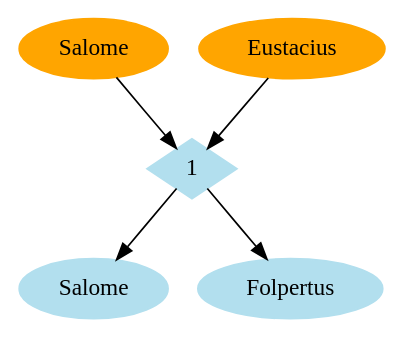
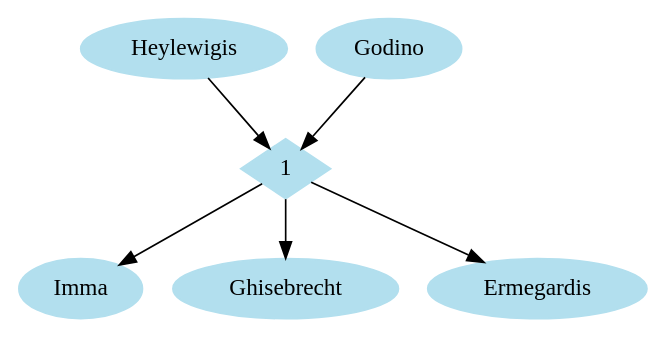
Before and after one commit to Canelaguil/generamer: the diagram in families.dot, drawn with Graphviz. The commit also changed 311 other files, not shown here.

```diff
--- a/families.dot
+++ b/families.dot
@@ -1,15 +1,15 @@
 digraph Families {
 	node [color=lightblue2 style=filled]
 	overlap=false
-	"1a" [label=Salome]
-	"1b" [label=Eustacius]
+	"1a" [label=Heylewigis]
+	"1b" [label=Godino]
 	1 [shape=diamond]
 	"1a" -> 1 [weight=12]
 	"1b" -> 1 [weight=12]
-	"1c1" [label=Salome]
+	"1c1" [label=Imma]
 	1 -> "1c1" [weight=6]
-	"1c2" [label=Folpertus]
+	"1c2" [label=Ghisebrecht]
 	1 -> "1c2" [weight=6]
-	"1a" [label=Salome color=orange]
-	"1b" [label=Eustacius color=orange]
+	"1c3" [label=Ermegardis]
+	1 -> "1c3" [weight=6]
 }
```
